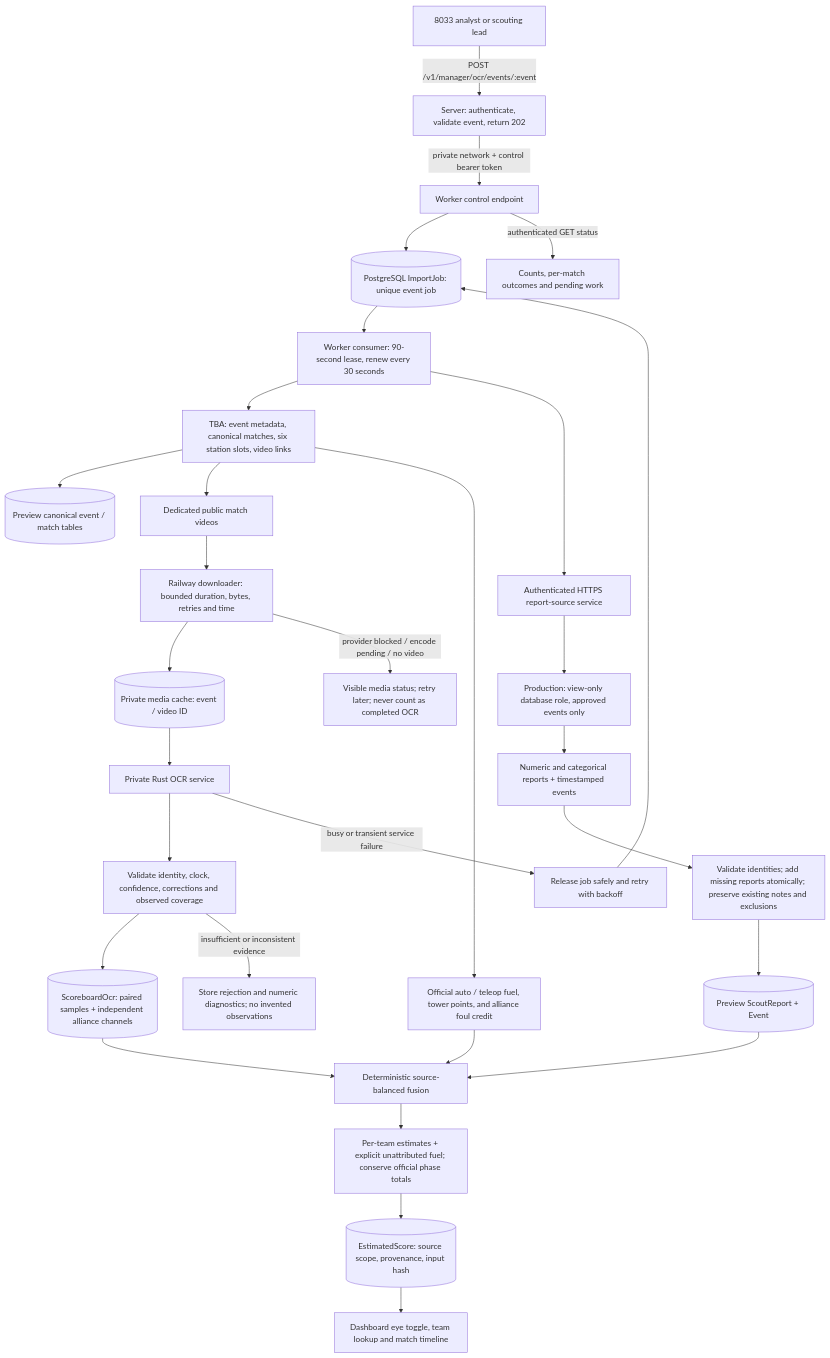
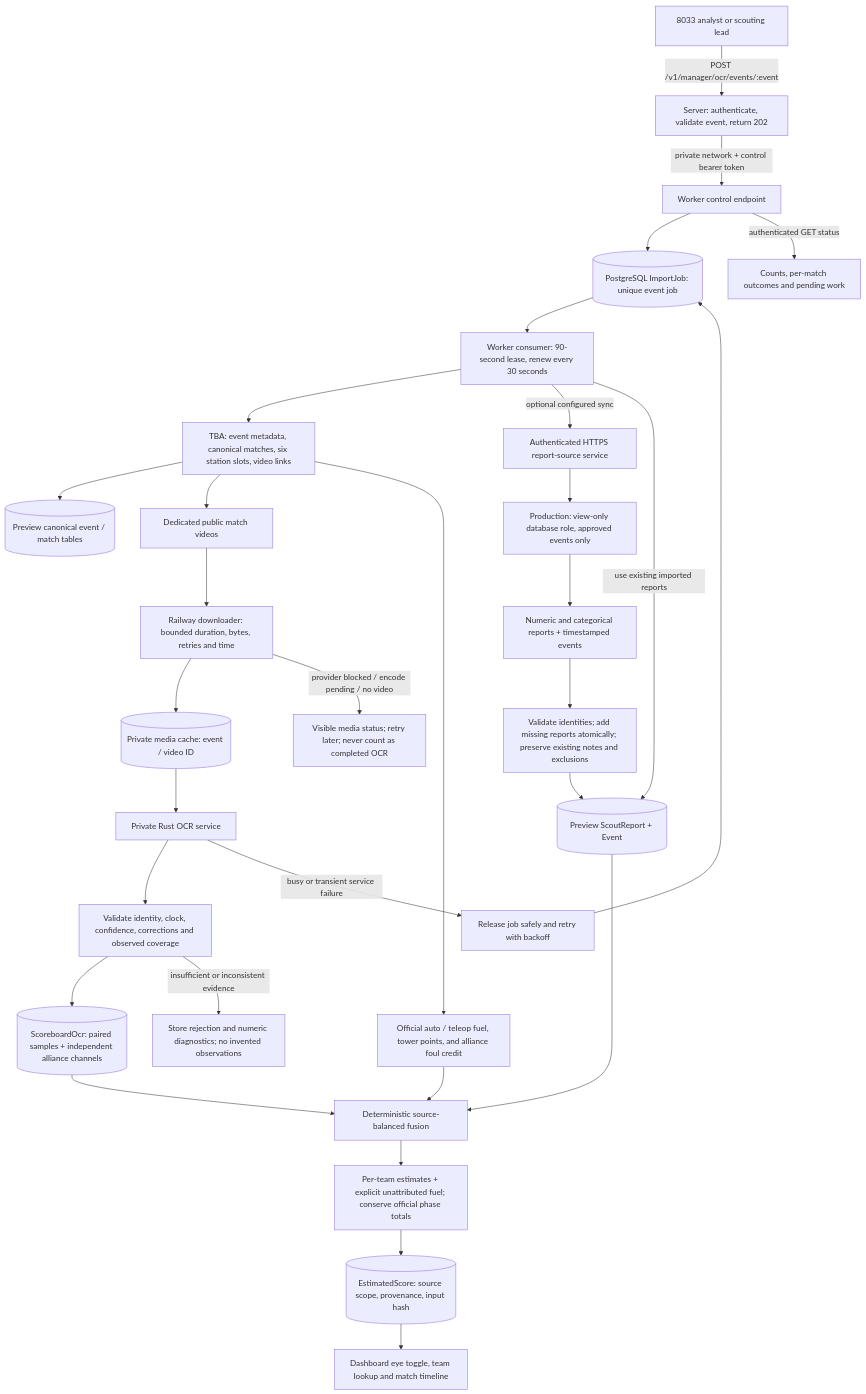
Before and after one commit to HighlanderRobotics/lovat: the first of 2 diagrams in README.md, drawn with Mermaid. The commit also changed other lines of this file and 11 other files, not shown here.

First line of the commit message:
Run OCR jobs with reports already in the preview database

````diff
--- a/README.md
+++ b/README.md
@@ -37,32 +37,33 @@
 ```mermaid
 flowchart TB
     Caller["8033 analyst or scouting lead"] -->|"POST /v1/manager/ocr/events/:event"| API["Server: authenticate, validate event, return 202"]
     API -->|"private network + control bearer token"| Control["Worker control endpoint"]
     Control --> Queue[("PostgreSQL ImportJob: unique event job")]
     Queue --> Lease["Worker consumer: 90-second lease, renew every 30 seconds"]
     Lease --> TBA["TBA: event metadata, canonical matches, six station slots, video links"]
     TBA --> Canonical[("Preview canonical event / match tables")]
-    Lease --> Source["Authenticated HTTPS report-source service"]
+    Lease -->|"optional configured sync"| Source["Authenticated HTTPS report-source service"]
     Source --> View["Production: view-only database role, approved events only"]
     View --> Reports["Numeric and categorical reports + timestamped events"]
     Reports --> Import["Validate identities; add missing reports atomically; preserve existing notes and exclusions"]
     Import --> PreviewReports[("Preview ScoutReport + Event")]
     TBA --> Videos["Dedicated public match videos"]
     Videos --> Acquire["Railway downloader: bounded duration, bytes, retries and time"]
     Acquire --> Cache[("Private media cache: event / video ID")]
     Cache --> Native["Private Rust OCR service"]
     Native --> Evidence["Validate identity, clock, confidence, corrections and observed coverage"]
     Evidence --> Numeric[("ScoreboardOcr: paired samples + independent alliance channels")]
+    Lease -->|"use existing imported reports"| PreviewReports
     PreviewReports --> Fusion["Deterministic source-balanced fusion"]
     Numeric --> Fusion
     TBA --> Budgets["Official auto / teleop fuel, tower points, and alliance foul credit"]
     Budgets --> Fusion
     Fusion --> Conserved["Per-team estimates + explicit unattributed fuel; conserve official phase totals"]
     Conserved --> Estimates[("EstimatedScore: source scope, provenance, input hash")]
     Estimates --> Dashboard["Dashboard eye toggle, team lookup and match timeline"]
     Acquire -->|"provider blocked / encode pending / no video"| MediaFailure["Visible media status; retry later; never count as completed OCR"]
     Native -->|"busy or transient service failure"| Retry["Release job safely and retry with backoff"]
     Evidence -->|"insufficient or inconsistent evidence"| Rejected["Store rejection and numeric diagnostics; no invented observations"]
     Retry --> Queue
     Control -->|"authenticated GET status"| Progress["Counts, per-match outcomes and pending work"]
 ```
````
